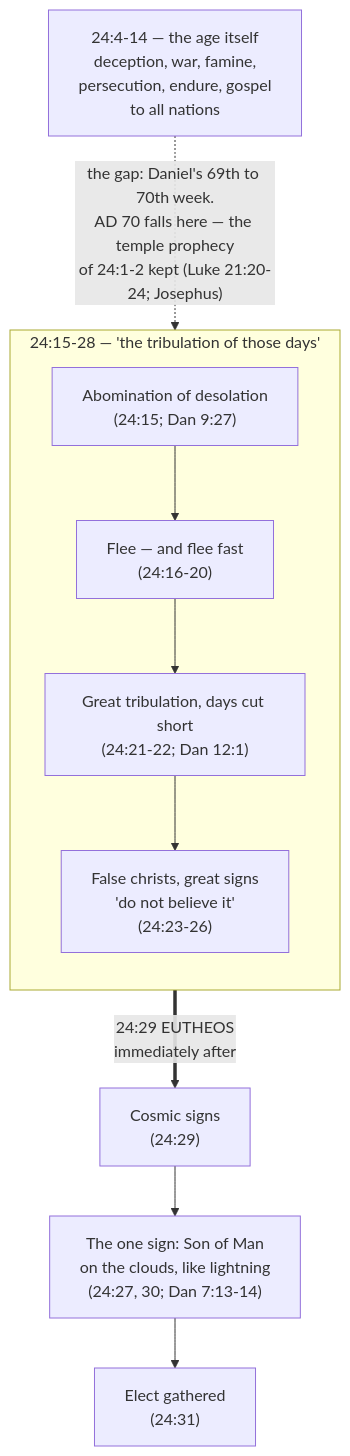
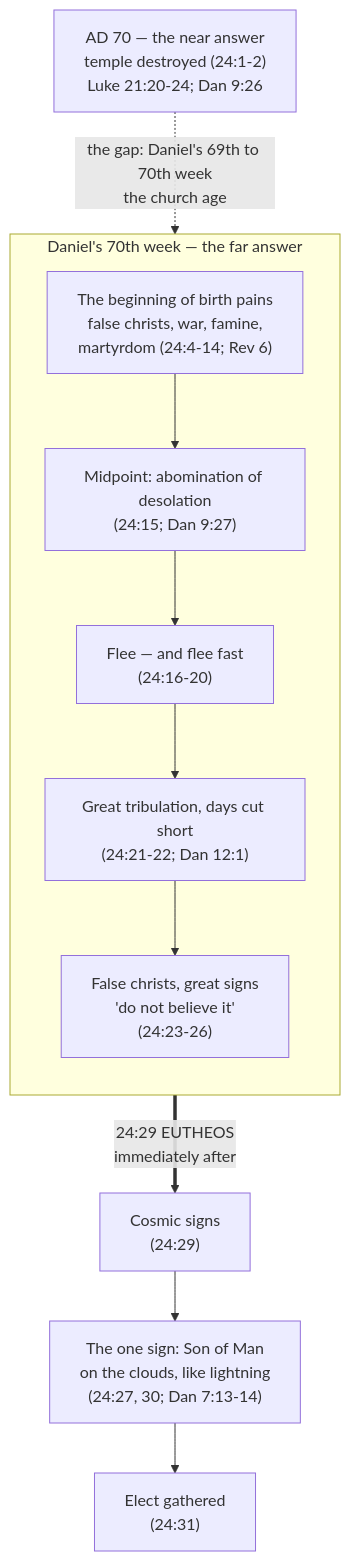
One commit to ding0t/bible_studies changed the first of 2 diagrams in docs/content/last-things/immediately-after.md. Above: the diagram before and after it, drawn with Mermaid. The commit also changed other lines of this file and 138 other files, not shown here.

First line of the commit message:
docs(content): publish Olivet set on a near/far reading of Matthew 24

````diff
--- a/docs/content/last-things/immediately-after.md
+++ b/docs/content/last-things/immediately-after.md
@@ -181,14 +202,15 @@
 ```mermaid
 flowchart TD
-    A["24:4-14 — the age itself<br/>deception, war, famine,<br/>persecution, endure, gospel<br/>to all nations"]
-    A -.->|"the gap: Daniel's 69th to 70th week.<br/>AD 70 falls here — the temple prophecy<br/>of 24:1-2 kept (Luke 21:20-24; Josephus)"| TRIB
-    subgraph TRIB["24:15-28 — 'the tribulation of those days'"]
+    N["AD 70 — the near answer<br/>temple destroyed (24:1-2)<br/>Luke 21:20-24; Dan 9:26"]
+    N -.->|"the gap: Daniel's 69th to 70th week<br/>the church age"| WEEK
+    subgraph WEEK["Daniel's 70th week — the far answer"]
       direction TB
-      B["Abomination of desolation<br/>(24:15; Dan 9:27)"] --> C["Flee — and flee fast<br/>(24:16-20)"]
+      A["The beginning of birth pains<br/>false christs, war, famine,<br/>martyrdom (24:4-14; Rev 6)"] --> B["Midpoint: abomination of desolation<br/>(24:15; Dan 9:27)"]
+      B --> C["Flee — and flee fast<br/>(24:16-20)"]
       C --> D["Great tribulation, days cut short<br/>(24:21-22; Dan 12:1)"]
       D --> E["False christs, great signs<br/>'do not believe it'<br/>(24:23-26)"]
     end
-    TRIB ==>|"24:29 EUTHEOS<br/>immediately after"| F["Cosmic signs<br/>(24:29)"]
+    WEEK ==>|"24:29 EUTHEOS<br/>immediately after"| F["Cosmic signs<br/>(24:29)"]
     F --> G["The one sign: Son of Man<br/>on the clouds, like lightning<br/>(24:27, 30; Dan 7:13-14)"]
     G --> H["Elect gathered<br/>(24:31)"]
 ```
````
